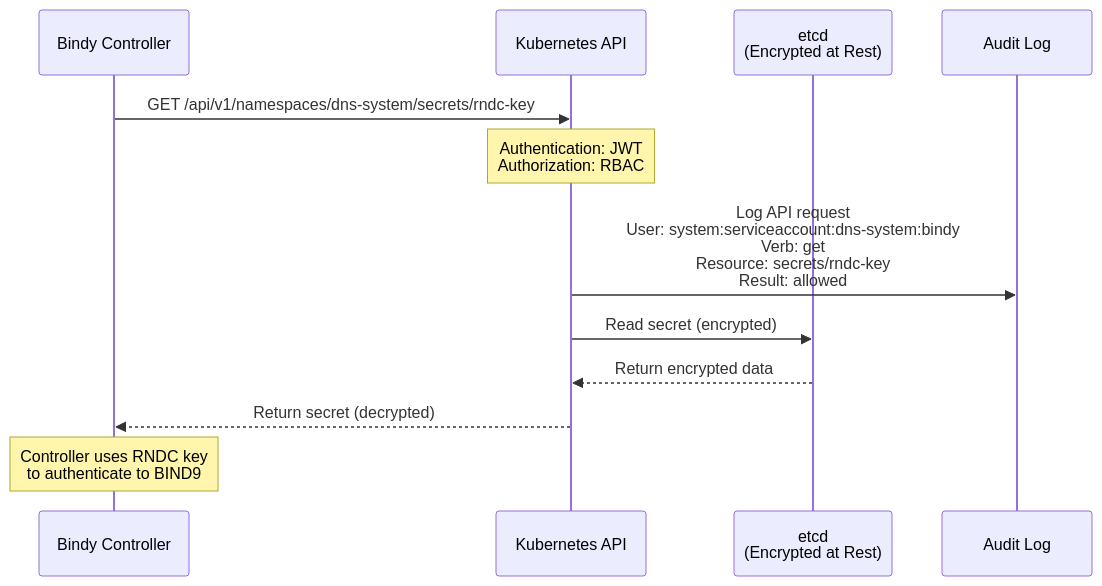
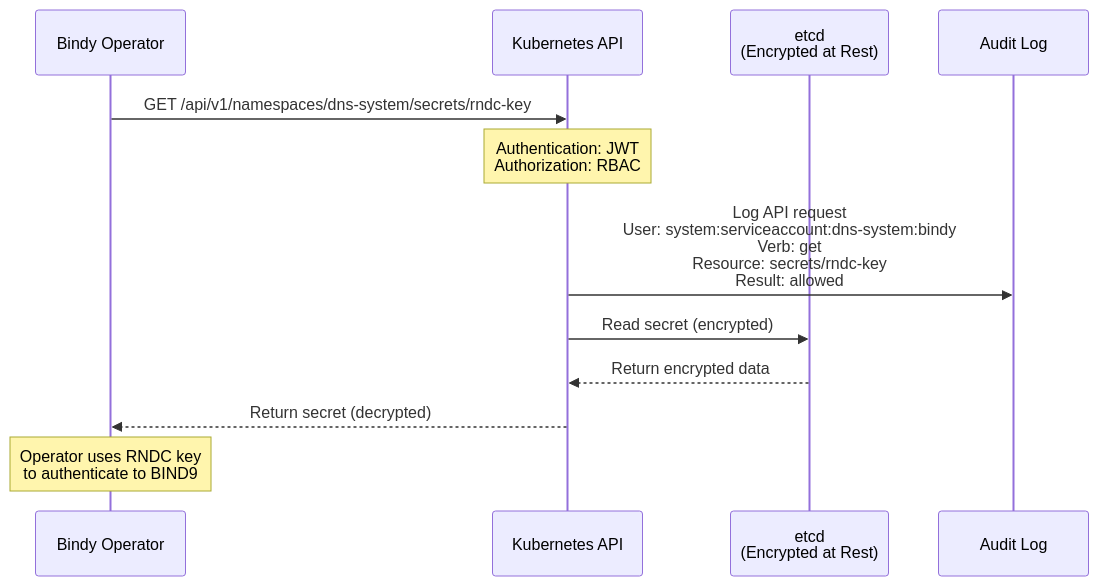
The third of 9 diagrams in docs/security/ARCHITECTURE.md (firestoned/bindy), drawn with Mermaid before and after one commit. The commit also changed other lines of this file and 150 other files, not shown here.

Commit message:
Change the occurences from controller to operator (#83)

````diff
--- a/docs/security/ARCHITECTURE.md
+++ b/docs/security/ARCHITECTURE.md
@@ -216,15 +216,15 @@
 ```mermaid
 sequenceDiagram
-    participant Ctrl as Bindy Controller
+    participant Ctrl as Bindy Operator
     participant K8s as Kubernetes API
     participant etcd as etcd<br/>(Encrypted at Rest)
     participant Audit as Audit Log
 
     Ctrl->>K8s: GET /api/v1/namespaces/dns-system/secrets/rndc-key
     Note over K8s: Authentication: JWT<br/>Authorization: RBAC
     K8s->>Audit: Log API request<br/>User: system:serviceaccount:dns-system:bindy<br/>Verb: get<br/>Resource: secrets/rndc-key<br/>Result: allowed
     K8s->>etcd: Read secret (encrypted)
     etcd-->>K8s: Return encrypted data
     K8s-->>Ctrl: Return secret (decrypted)
-    Note over Ctrl: Controller uses RNDC key<br/>to authenticate to BIND9
+    Note over Ctrl: Operator uses RNDC key<br/>to authenticate to BIND9
 ```
````
